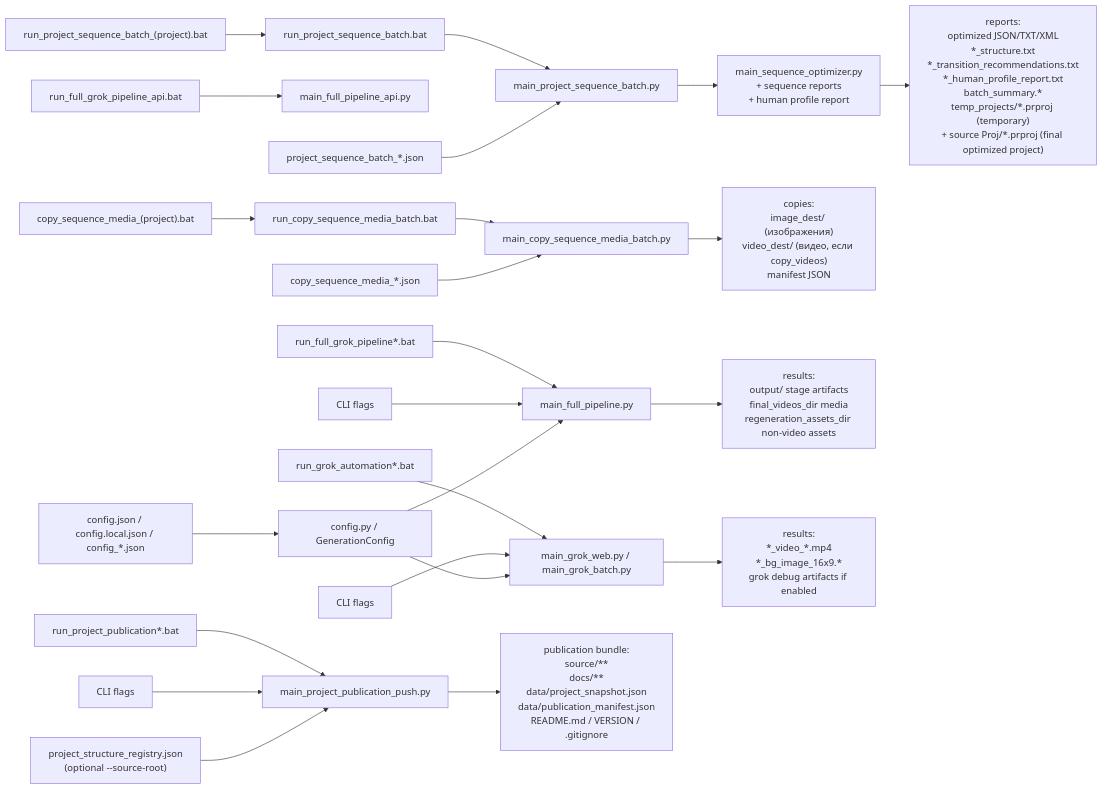
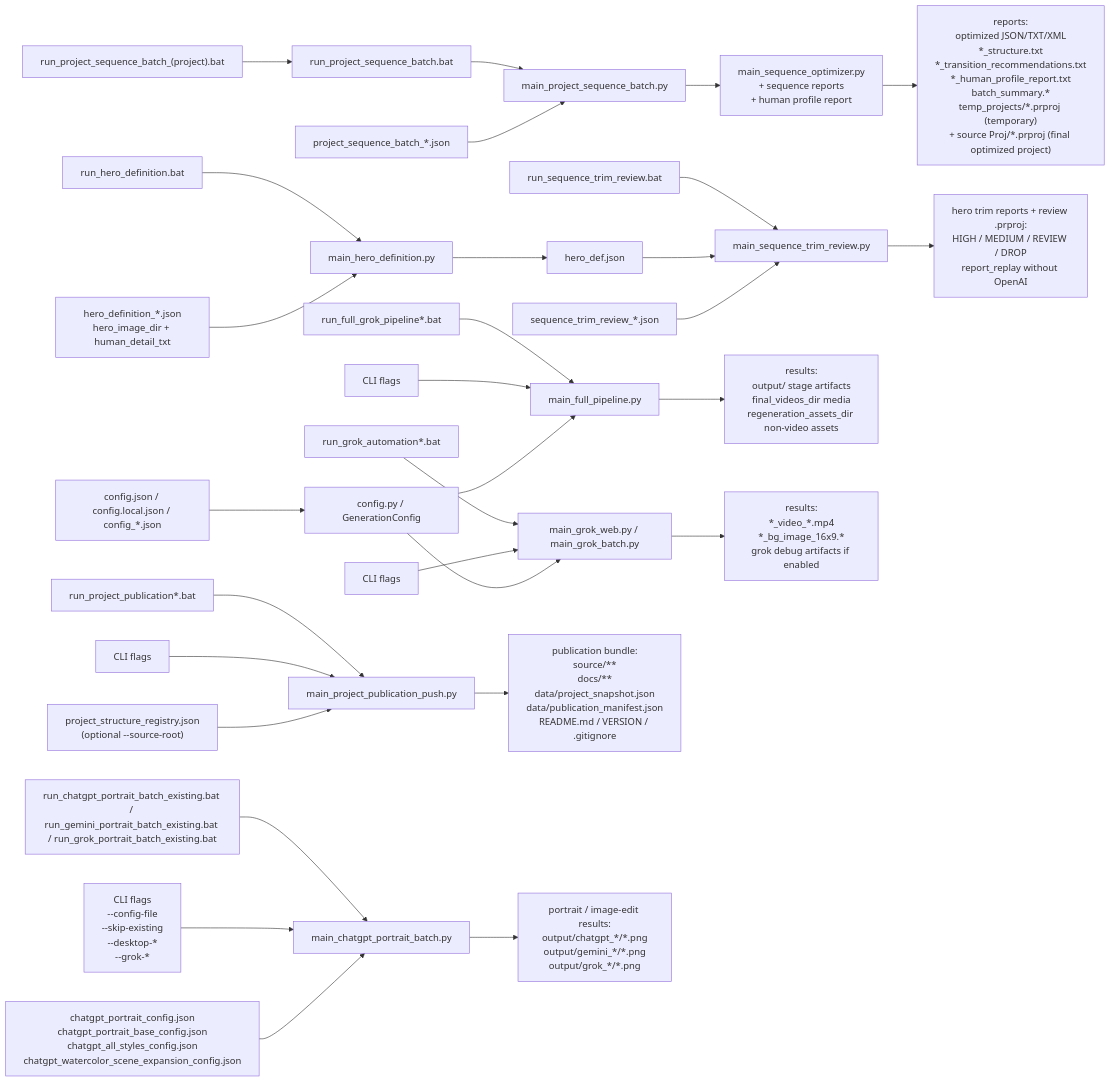
The diagram in source/docs/USER_GUIDE_RU.md (sergey-frd/Memory-to-Video_Agent), drawn with Mermaid before and after one commit. The commit also changed other lines of this file and 95 other files, not shown here.

Commit message:
Publish 2026.07.25.01: hero-aware trim review and consolidated documentation

````diff
--- a/source/docs/USER_GUIDE_RU.md
+++ b/source/docs/USER_GUIDE_RU.md
@@ -313,31 +475,36 @@
 ```mermaid
 flowchart LR
   B1["run_full_grok_pipeline*.bat"] --> P1["main_full_pipeline.py"]
-  B1A["run_full_grok_pipeline_api.bat"] --> P1A["main_full_pipeline_api.py"]
   B2["run_grok_automation*.bat"] --> P2["main_grok_web.py / main_grok_batch.py"]
   B3A["run_project_sequence_batch_(project).bat"] --> B3["run_project_sequence_batch.bat"]
   B3 --> P3["main_project_sequence_batch.py"]
-  B6A["copy_sequence_media_(project).bat"] --> B6["run_copy_sequence_media_batch.bat"]
-  B6 --> P6["main_copy_sequence_media_batch.py"]
   B4["run_project_publication*.bat"] --> P4["main_project_publication_push.py"]
+  B5["run_chatgpt_portrait_batch_existing.bat / run_gemini_portrait_batch_existing.bat / run_grok_portrait_batch_existing.bat"] --> P6["main_chatgpt_portrait_batch.py"]
+  B6["run_hero_definition.bat"] --> P7["main_hero_definition.py"]
+  B7["run_sequence_trim_review.bat"] --> P8["main_sequence_trim_review.py"]
 
   A1["CLI flags"] --> P1
   A2["CLI flags"] --> P2
+  A5["CLI flags\n--config-file\n--skip-existing\n--desktop-*\n--grok-*"] --> P6
   C1["config.json / config.local.json / config_*.json"] --> G1["config.py / GenerationConfig"]
   G1 --> P1
   G1 --> P2
+  C5["chatgpt_portrait_config.json\nchatgpt_portrait_base_config.json\nchatgpt_all_styles_config.json\nchatgpt_watercolor_scene_expansion_config.json"] --> P6
+  C6["hero_definition_*.json\nhero_image_dir + human_detail_txt"] --> P7
+  P7 --> H1["hero_def.json"]
+  H1 --> P8
+  C7["sequence_trim_review_*.json"] --> P8
 
   C3["project_sequence_batch_*.json"] --> P3
   P3 --> P5["main_sequence_optimizer.py\n+ sequence reports\n+ human profile report"]
-
-  C6["copy_sequence_media_*.json"] --> P6
-  P6 --> O6["copies:\nimage_dest/ (изображения)\nvideo_dest/ (видео, если copy_videos)\nmanifest JSON"]
 
   A4["CLI flags"] --> P4
   R1["project_structure_registry.json\n(optional --source-root)"] --> P4
 
   P1 --> O1["results:\noutput/ stage artifacts\nfinal_videos_dir media\nregeneration_assets_dir non-video assets"]
   P2 --> O2["results:\n*_video_*.mp4\n*_bg_image_16x9.*\ngrok debug artifacts if enabled"]
   P5 --> O3["reports:\noptimized JSON/TXT/XML\n*_structure.txt\n*_transition_recommendations.txt\n*_human_profile_report.txt\nbatch_summary.*\ntemp_projects/*.prproj (temporary)\n+ source Proj/*.prproj (final optimized project)"]
   P4 --> O4["publication bundle:\nsource/**\ndocs/**\ndata/project_snapshot.json\ndata/publication_manifest.json\nREADME.md / VERSION / .gitignore"]
+  P6 --> O5["portrait / image-edit results:\noutput/chatgpt_*/*.png\noutput/gemini_*/*.png\noutput/grok_*/*.png"]
+  P8 --> O6["hero trim reports + review .prproj:\nHIGH / MEDIUM / REVIEW / DROP\nreport_replay without OpenAI"]
 ```
````
